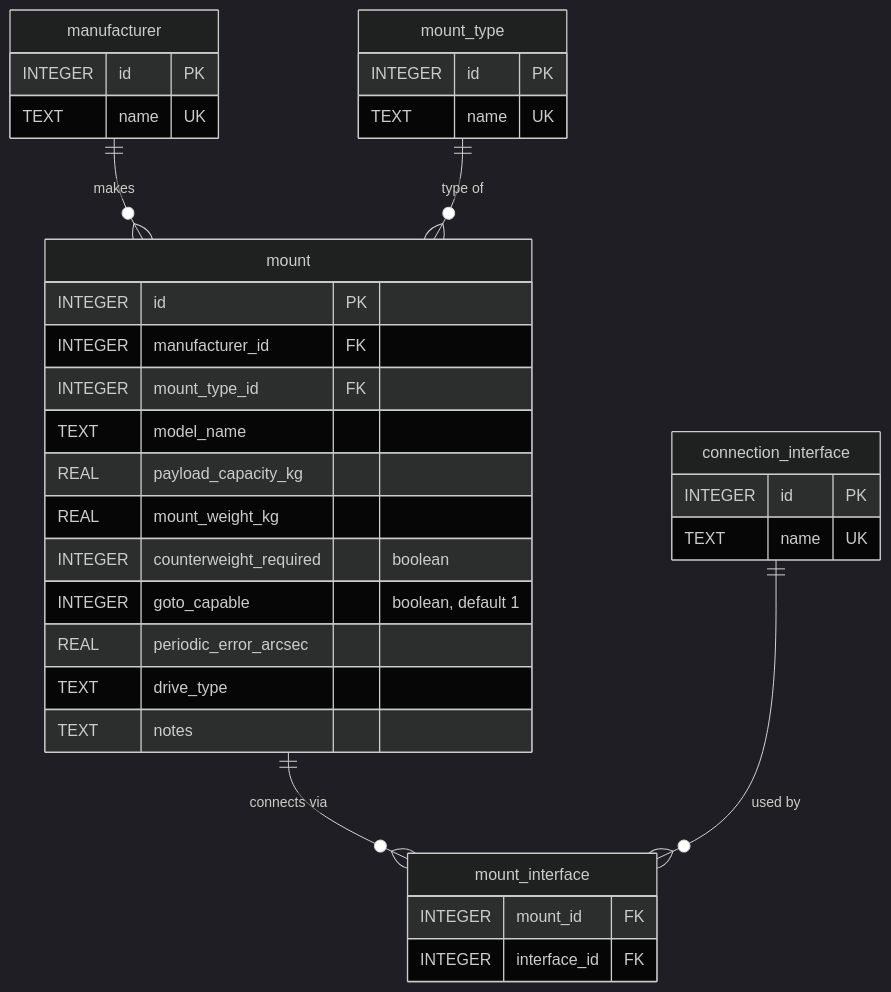
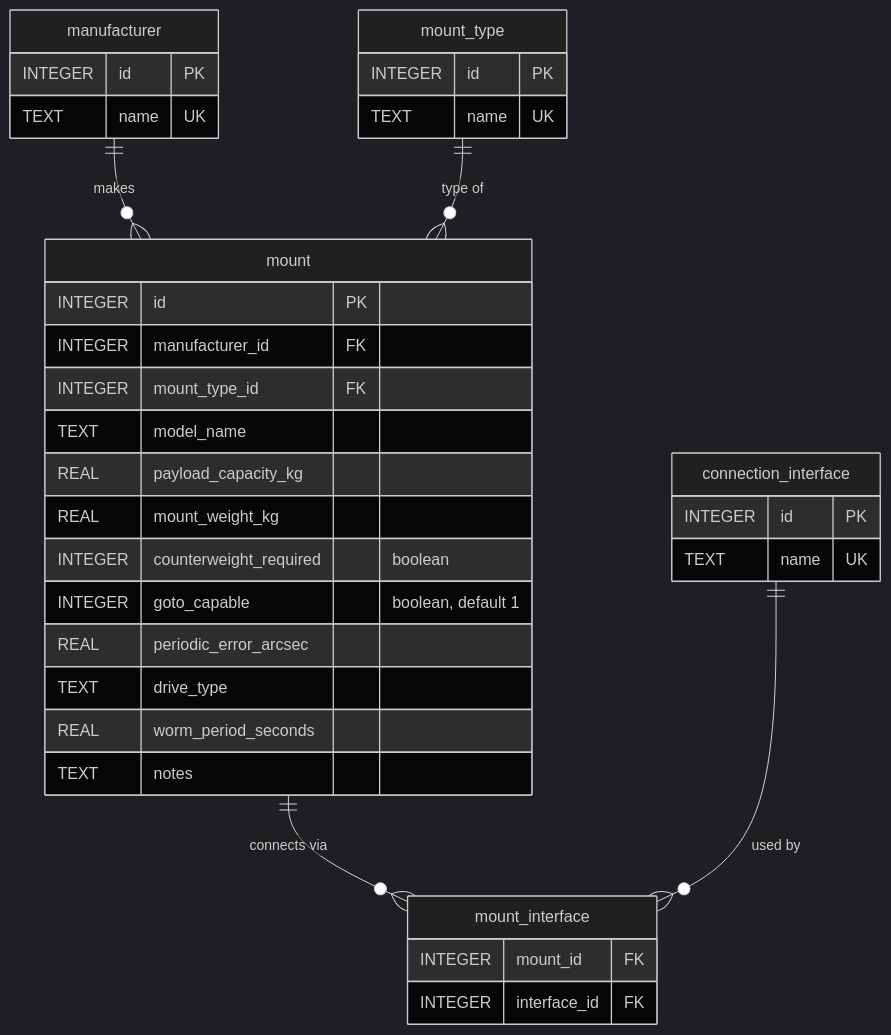
One commit to fbaptiste/nightcrate changed the seventh of 12 diagrams in DB_SCHEMA.md. Above: the diagram before and after it, drawn with Mermaid (dark theme). The commit also changed other lines of this file and 25 other files, not shown here.

First line of the commit message:
feat(v0.26.0): PHD2 Pass D-2 — Spectrum tab + worm-period markers

````diff
--- a/DB_SCHEMA.md
+++ b/DB_SCHEMA.md
@@ -340,41 +340,42 @@
 ```mermaid
 erDiagram
     manufacturer {
         INTEGER id PK
         TEXT name UK
     }
 
     mount_type {
         INTEGER id PK
         TEXT name UK
     }
 
     connection_interface {
         INTEGER id PK
         TEXT name UK
     }
 
     mount {
         INTEGER id PK
         INTEGER manufacturer_id FK
         INTEGER mount_type_id FK
         TEXT model_name
         REAL payload_capacity_kg
         REAL mount_weight_kg
         INTEGER counterweight_required "boolean"
         INTEGER goto_capable "boolean, default 1"
         REAL periodic_error_arcsec
         TEXT drive_type
+        REAL worm_period_seconds
         TEXT notes
     }
 
     mount_interface {
         INTEGER mount_id FK
         INTEGER interface_id FK
     }
 
     manufacturer ||--o{ mount : "makes"
     mount_type ||--o{ mount : "type of"
     mount ||--o{ mount_interface : "connects via"
     connection_interface ||--o{ mount_interface : "used by"
 ```
````
